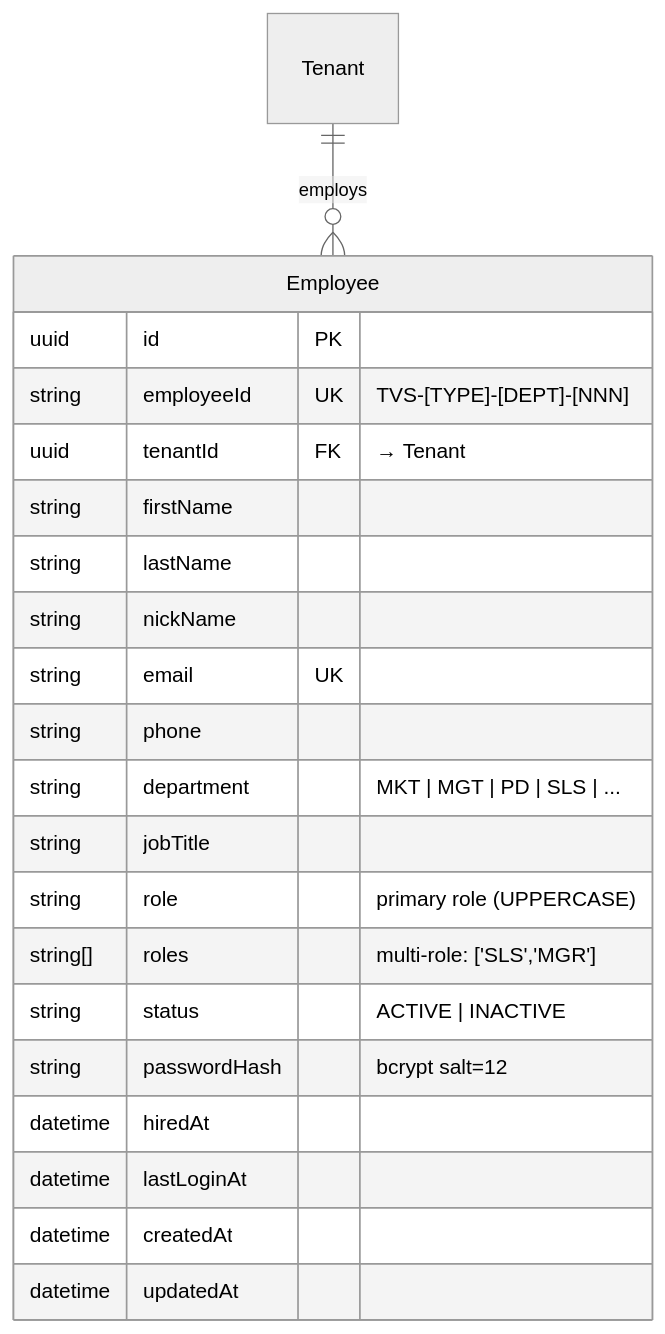
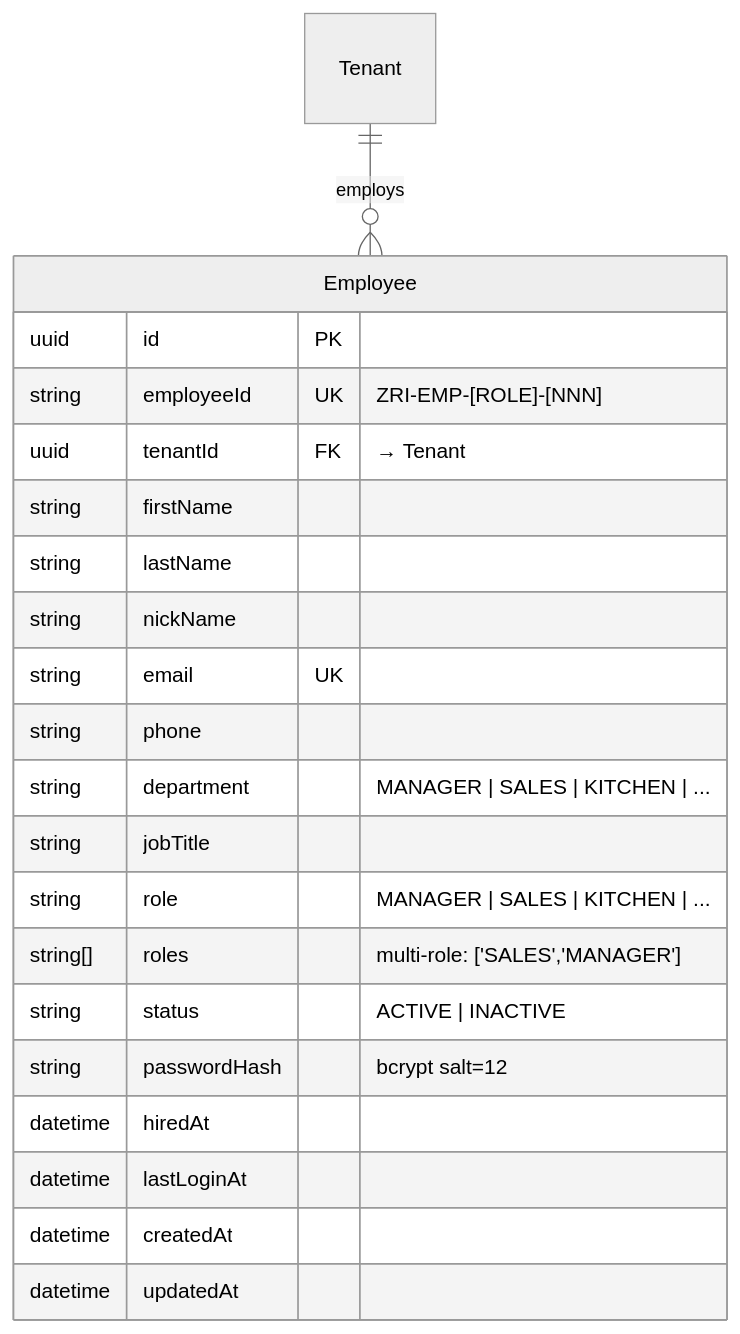
One commit to Freshair129/zuri1.0 changed the third of 16 diagrams in docs/architecture/database-erd/full-schema.md. Above: the diagram before and after it, drawn with Mermaid (neutral theme). The commit also changed other lines of this file and 76 other files, not shown here.

````diff
--- a/docs/architecture/database-erd/full-schema.md
+++ b/docs/architecture/database-erd/full-schema.md
@@ -84,25 +84,25 @@
 ```mermaid
 erDiagram
     Tenant ||--o{ Employee : "employs"
 
     Employee {
         uuid     id             PK
-        string   employeeId     UK  "TVS-[TYPE]-[DEPT]-[NNN]"
+        string   employeeId     UK  "ZRI-EMP-[ROLE]-[NNN]"
         uuid     tenantId       FK  "→ Tenant"
         string   firstName
         string   lastName
         string   nickName
         string   email          UK
         string   phone
-        string   department         "MKT | MGT | PD | SLS | ..."
+        string   department         "MANAGER | SALES | KITCHEN | ..."
         string   jobTitle
-        string   role               "primary role (UPPERCASE)"
-        string[] roles              "multi-role: ['SLS','MGR']"
+        string   role               "MANAGER | SALES | KITCHEN | ..."
+        string[] roles              "multi-role: ['SALES','MANAGER']"
         string   status             "ACTIVE | INACTIVE"
         string   passwordHash       "bcrypt salt=12"
         datetime hiredAt
         datetime lastLoginAt
         datetime createdAt
         datetime updatedAt
     }
 ```
````
